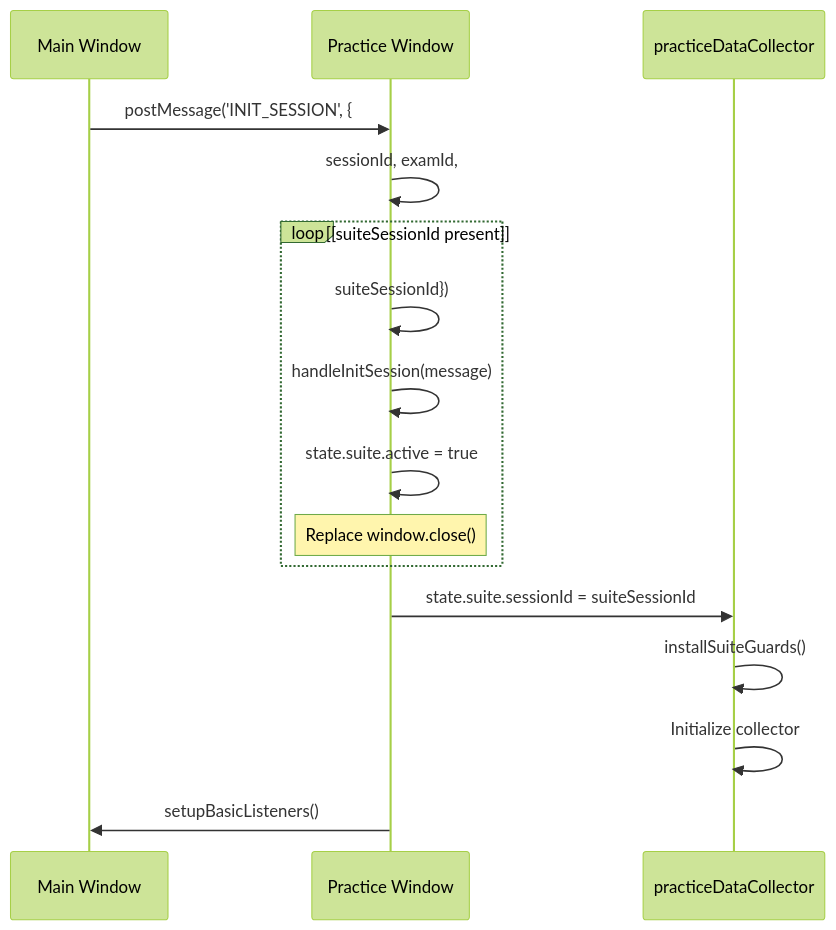
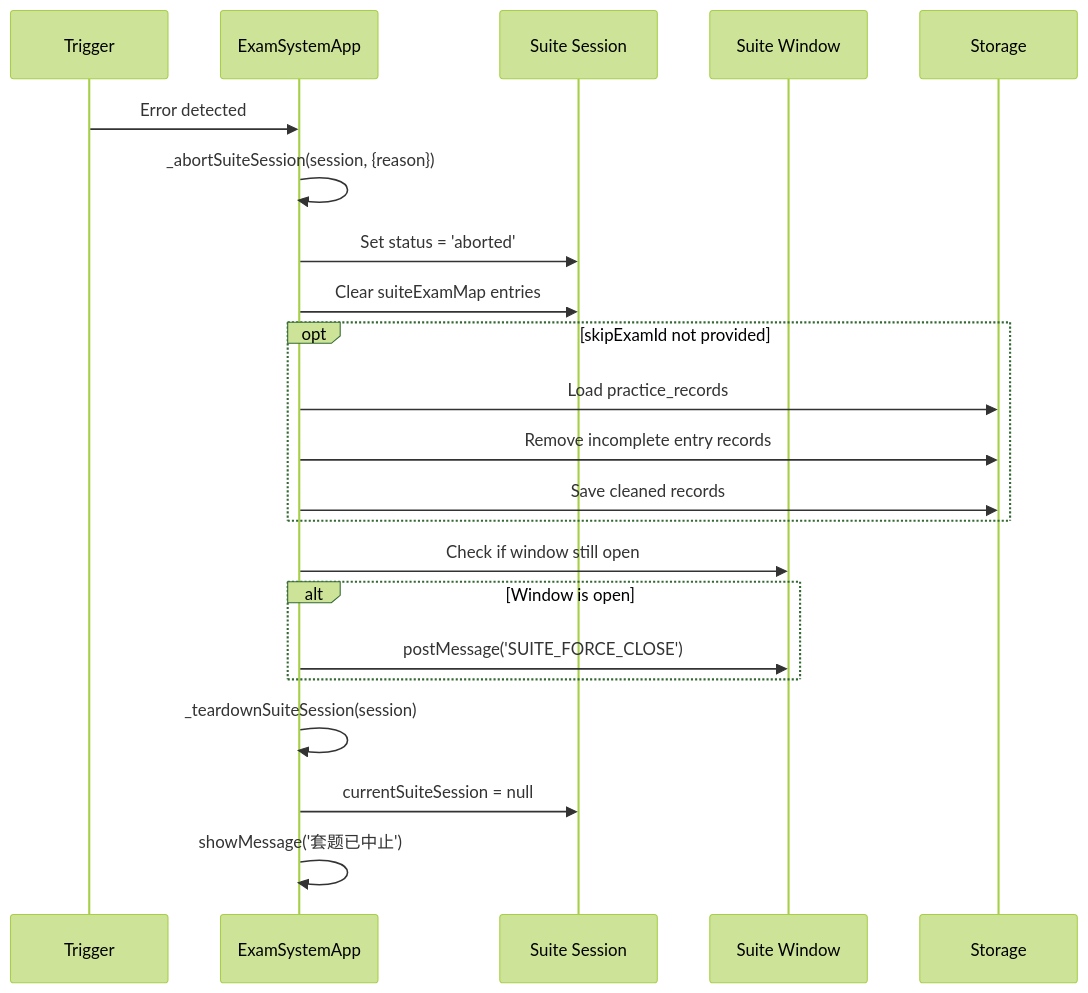
One commit to sallowayma-git/IELTS-practice changed diagram 12 of 13 in developer/doc/Wiki/Suite-Practice-Mode.md. Above: the diagram before and after it, drawn with Mermaid (forest theme). The commit also changed other lines of this file and 84 other files, not shown here.

````diff
--- a/developer/doc/Wiki/Suite-Practice-Mode.md
+++ b/developer/doc/Wiki/Suite-Practice-Mode.md
@@ -406,19 +689,25 @@
 ```mermaid
 sequenceDiagram
-  participant Main Window
-  participant Practice Window
-  participant practiceDataCollector
+  participant p1 as Trigger
+  participant p2 as ExamSystemApp
+  participant p3 as Suite Session
+  participant p4 as Suite Window
+  participant p5 as Storage
 
-  Main Window->>Practice Window: postMessage('INIT_SESSION', {
-  Practice Window->>Practice Window: sessionId, examId,
-  loop [suiteSessionId present]
-    Practice Window->>Practice Window: suiteSessionId})
-    Practice Window->>Practice Window: handleInitSession(message)
-    Practice Window->>Practice Window: state.suite.active = true
-    note over Practice Window: Replace window.close()
+  p1->>p2: Error detected
+  p2->>p2: _abortSuiteSession(session, {reason})
+  p2->>p3: Set status = 'aborted'
+  p2->>p3: Clear suiteExamMap entries
+  opt skipExamId not provided
+    p2->>p5: Load practice_records
+    p2->>p5: Remove incomplete entry records
+    p2->>p5: Save cleaned records
   end
-  Practice Window->>practiceDataCollector: state.suite.sessionId = suiteSessionId
-  practiceDataCollector->>practiceDataCollector: installSuiteGuards()
-  practiceDataCollector->>practiceDataCollector: Initialize collector
-  Practice Window->>Main Window: setupBasicListeners()
+  p2->>p4: Check if window still open
+  alt Window is open
+    p2->>p4: postMessage('SUITE_FORCE_CLOSE')
+  end
+  p2->>p2: _teardownSuiteSession(session)
+  p2->>p3: currentSuiteSession = null
+  p2->>p2: showMessage('套题已中止')
 ```
````
